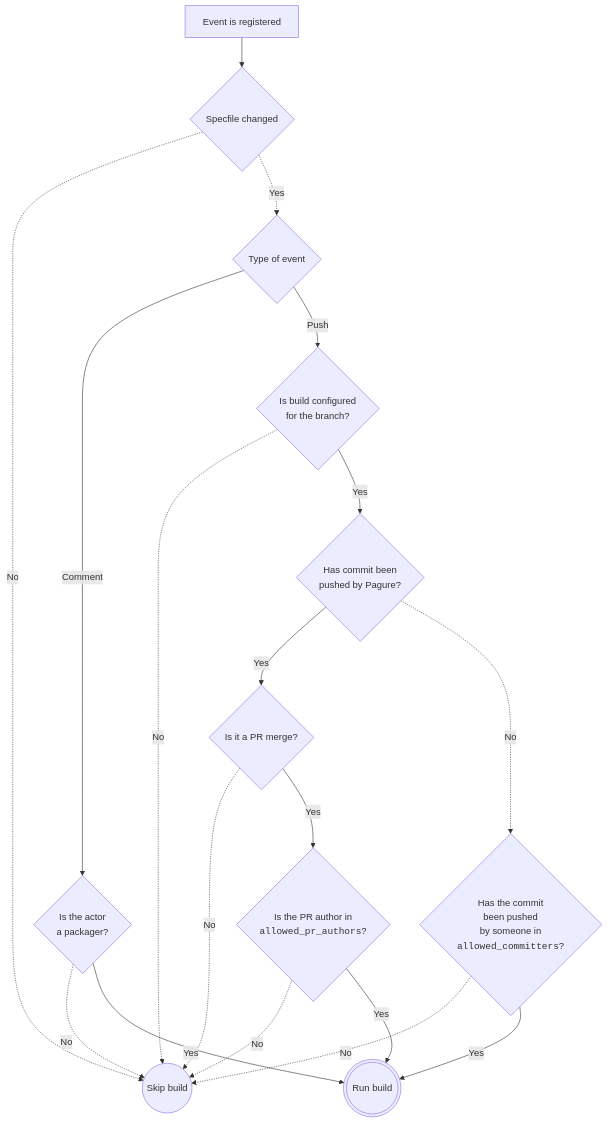
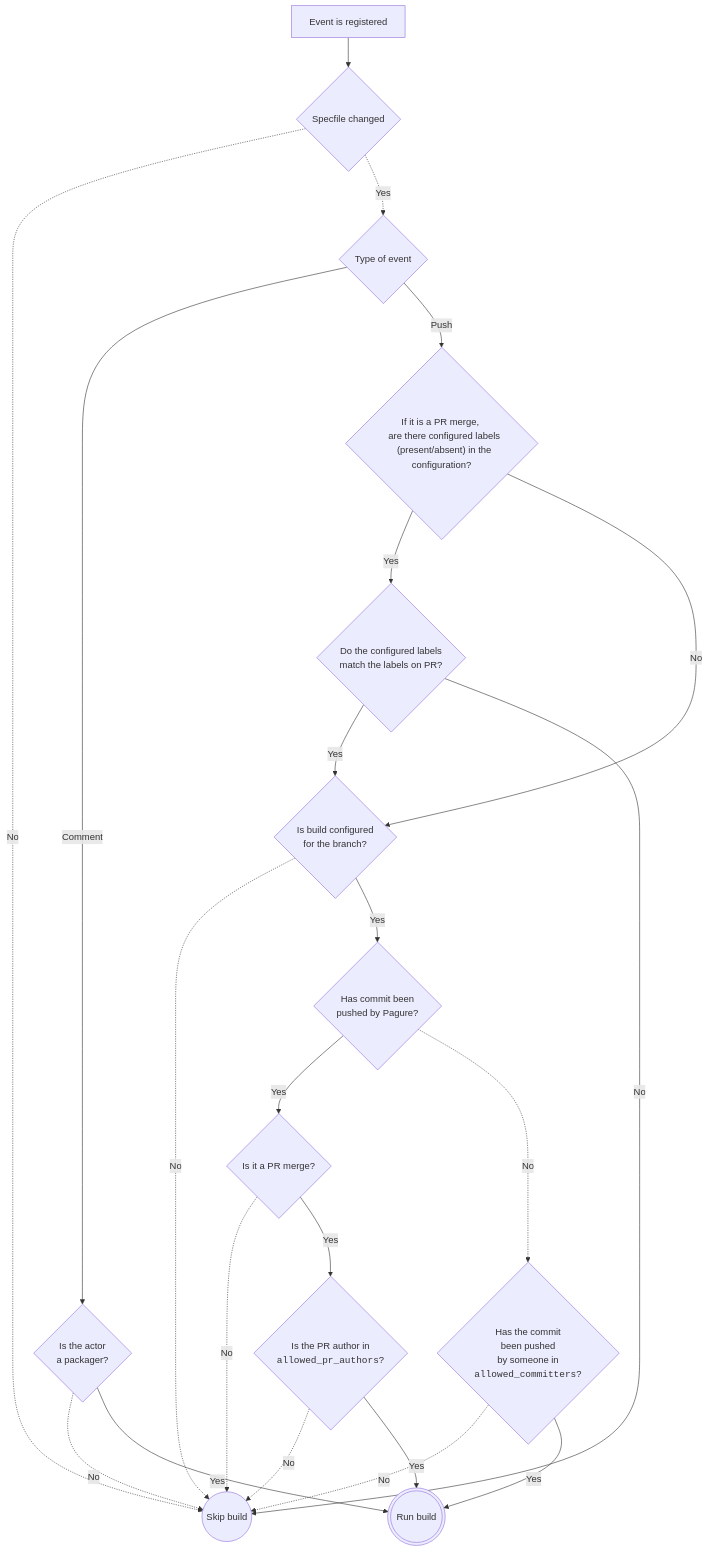
One commit to packit/packit.dev changed the diagram in docs/configuration/downstream/koji_build.md. Above: the diagram before and after it, drawn with Mermaid. The commit also changed other lines of this file and 1 other file, not shown here.

Commit message:
Document require.label config options
Related to packit/packit-service#2333

````diff
--- a/docs/configuration/downstream/koji_build.md
+++ b/docs/configuration/downstream/koji_build.md
@@ -81,42 +83,52 @@
 ```mermaid
 flowchart TD;
   S[Event is registered]
   F{Specfile changed}
   A{Type of event}
   B{"Is build configured
   for the branch?"}
   C{"Has commit been
   pushed by Pagure?"}
   D{"Has the commit
   been pushed
   by someone in
   <code>allowed_committers</code>?"}
   E{"Is it a PR merge?"}
   G{"Is the PR author in
   <code>allowed_pr_authors</code>?"}
   H{"Is the actor
   a packager?"}
+  I{"If it is a PR merge, 
+  are there configured labels
+   (present/absent) in the configuration?"}
+  J{"Do the configured labels 
+  match the labels on PR?"}
 
   OK(((Run build)))
   NOK((Skip build))
 
   S --> F
   F -. No   .-> NOK
   F -. Yes  .-> A
 
   A -- Comment --> H
   H -. No      .-> NOK
   H -- Yes     --> OK
 
-  A -- Push --> B
+  A -- Push --> I
+  I -- Yes --> J
+  I -- No --> B
+  J -- Yes --> B
+  J -- No --> NOK
+  
   B -. No   .-> NOK
   B -- Yes  --> C
   C -- Yes  --> E
   C -. No   .-> D
   D -. No   .-> NOK
   D -- Yes  --> OK
   E -. No   .-> NOK
   E -- Yes  --> G
   G -. No   .-> NOK
   G -- Yes  --> OK
 ```
````
